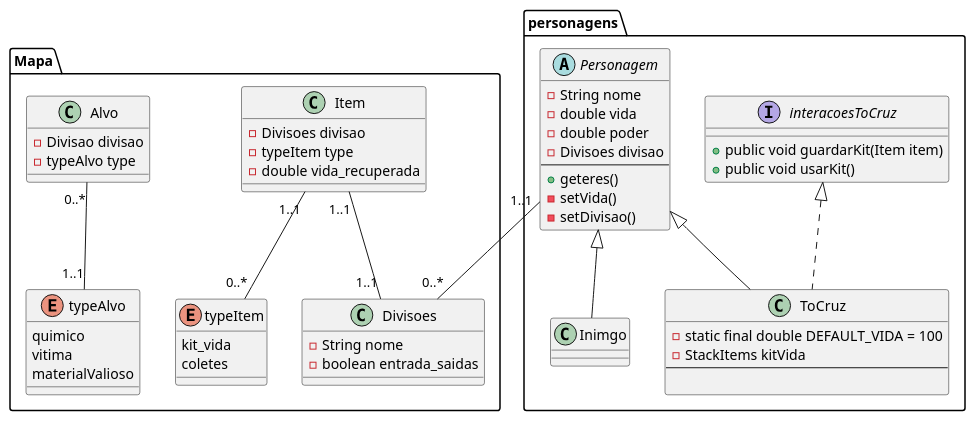
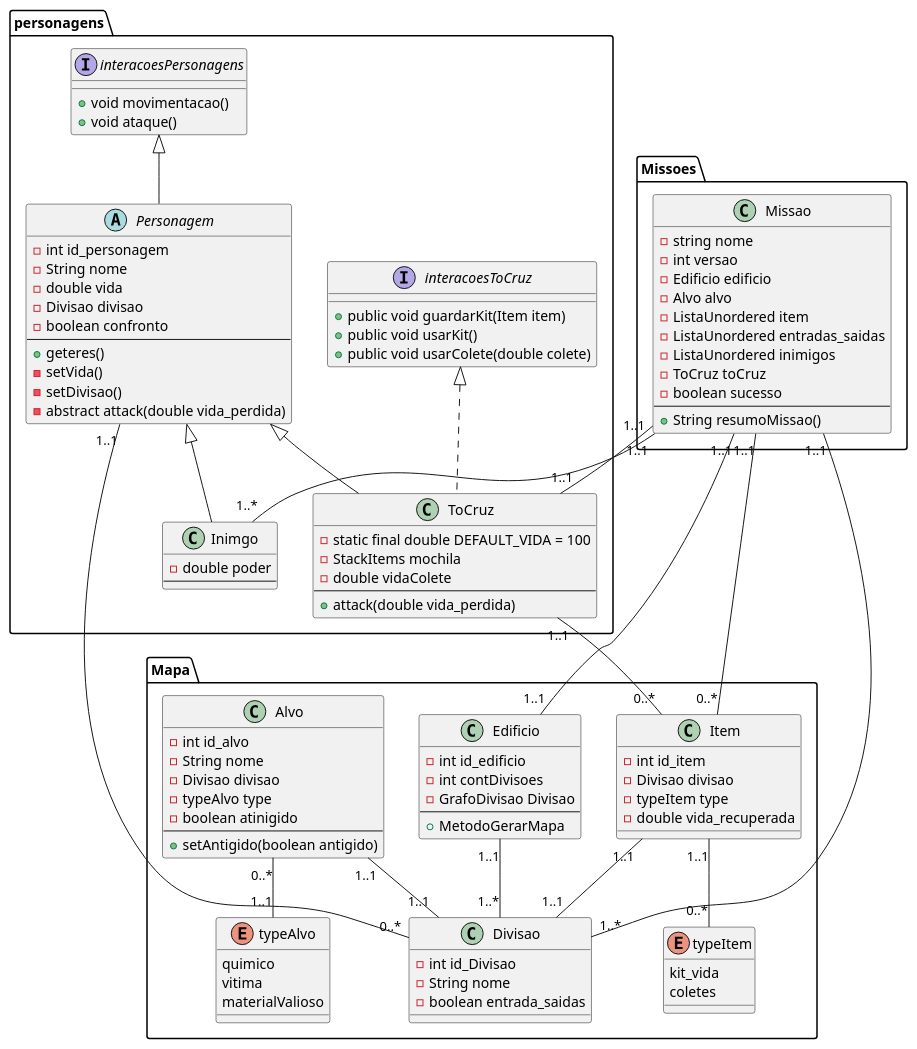
One commit to Arturito2005/TrabalhoGrupoED_ToCruz changed the diagram in Digaramas/DiagramaClasses/DiagramaClasses.plantuml. Above: the diagram before and after it, drawn with PlantUML. The commit also changed 7 other files, not shown here.

```diff
--- a/Digaramas/DiagramaClasses/DiagramaClasses.plantuml
+++ b/Digaramas/DiagramaClasses/DiagramaClasses.plantuml
@@ -1,72 +1,151 @@
 @startuml DiagramaClassesToCruz
 
 package "Mapa" {
-    class Divisoes {
+    /'
+    Provavelmente é preciso remover este boolean
+    '/
+    class Divisao {
+        - int id_Divisao
         - String nome
         - boolean entrada_saidas
     }
 
+    /'
+    As Divisao do edifio vão ser um grafo
+    o grafo é construido quando e feita a importação dos dados
+    '/
+    class Edificio {
+        - int id_edificio
+        - int contDivisoes
+        - GrafoDivisao Divisao
+        --
+        + MetodoGerarMapa
+    }
+
+    Edificio "1..1" -- "1..*" Divisao
 
     enum typeAlvo {
         quimico 
         vitima
         materialValioso
     }
 
+    /'
+    Talvez meter o type como uma String se sim remover typeAlvo acima
+    
+    O boolean antigido representa se o objeto já foi coletado ou não pelo 
+    ToCruz
+    '/
     class Alvo {
+        - int id_alvo
+        - String nome
         - Divisao divisao
         - typeAlvo type
+        - boolean atinigido
+        --
+        + setAntigido(boolean antigido)
     }
 
     enum typeItem {
         kit_vida
         coletes
     }
 
     /'Se houver diferente entre o que cada item fornce,
     criar hierarquia'/
     class Item {
-        - Divisoes divisao
+        - int id_item
+        - Divisao divisao
         - typeItem type
         - double vida_recuperada
     }
 
-    Item "1..1" -- "1..1" Divisoes
+    Alvo "1..1" -- "1..1" Divisao
+    Item "1..1" -- "1..1" Divisao
     Item "1..1" -- "0..*" typeItem
     Alvo "0..*" -- "1..1" typeAlvo
 }
 
 package "personagens" {
-    abstract class Personagem {
+    
+    /'Não daria para meter o To Cruz e o inimigo como uma enum,
+    mas só fazer se nã achar mais campos para o inimigo e para o To Cruz'/
+    interface interacoesPersonagens {
+        + void movimentacao()
+        + void ataque()
+    }
+    
+    abstract class Personagem extends interacoesPersonagens {
+        - int id_personagem
         - String nome
         - double vida
-        - double poder
-        - Divisoes divisao
+        - Divisao divisao
+        - boolean confronto
         --
         + geteres()
         - setVida()
         - setDivisao()
+        - abstract attack(double vida_perdida)
     }
 
     interface interacoesToCruz {
         + public void guardarKit(Item item)        
         + public void usarKit()
+        + public void usarColete(double colete)
     }
+
     /'
     A Stack guarda apenas os kitVida
+    A double vidaColete em principio não é necessário.
+    O ToCruz não tem a variavel poder, porque ele vai dar sempre
+    instaKill
     '/
     class ToCruz extends Personagem implements interacoesToCruz {
         - static final double DEFAULT_VIDA = 100
-        - StackItems kitVida
+        - StackItems mochila
+        - double vidaColete
         --
-
+        + attack(double vida_perdida)
     }
 
     class Inimgo extends Personagem {
-
+        - double poder
+        --
     }
 
-    Personagem "1..1" -- "0..*" Divisoes
+    Personagem "1..1" -- "0..*" Divisao
+    ToCruz "1..1" -- "0..*" Item
+}
+
+package "Missoes" {
+
+    /'
+    O item é uma LinkedList ou um array
+    As entras também podem ser LinkedList ou Stacks 
+
+    Estes campos também podem ser Listas (que pode ser melhor)
+
+    No construtor o ToCruz não é mandado no 
+    '/
+    class Missao {
+        - string nome
+        - int versao
+        - Edificio edificio
+        - Alvo alvo
+        - ListaUnordered item
+        - ListaUnordered entradas_saidas
+        - ListaUnordered inimigos
+        - ToCruz toCruz
+        - boolean sucesso
+        --
+        + String resumoMissao()
+    }
+
+    Missao "1..1" -- "0..*" Item
+    Missao "1..1" -- "1..1" Edificio
+    Missao "1..1" -- "1..*" Divisao
+    Missao "1..1" -- "1..*" Inimgo
+    Missao "1..1" -- "1..1" ToCruz
 }
 
 @enduml
```
